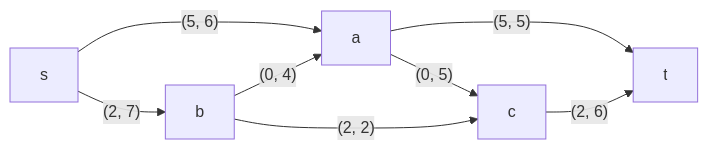
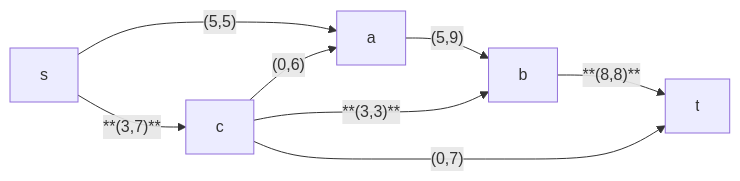
Before and after one commit to hse-algo-24-owl/manual-tasks-owl: the ninth of 13 diagrams in task-9/mikhailkrug.md, drawn with Mermaid. The commit also changed other lines of this file, not shown here.

````diff
--- a/task-9/mikhailkrug.md
+++ b/task-9/mikhailkrug.md
@@ -132,10 +132,11 @@
 ```mermaid
 graph LR
-    s-->|"(5, 6)"|a
-    s-->|"(2, 7)"|b
-    b-->|"(0, 4)"|a
-    a-->|"(0, 5)"|c
-    a-->|"(5, 5)"|t
-    b-->|"(2, 2)"|c
-    c-->|"(2, 6)"|t
+    s-->|"(5,5)"|a
+    s-->|"**(3,7)**"|c
+    a-->|"(5,9)"|b
+    c-->|"(0,6)"|a
+    c-->|"**(3,3)**"|b
+    b-->|"**(8,8)**"|t
+    c-->|"(0,7)"|t
+
 ```
````
